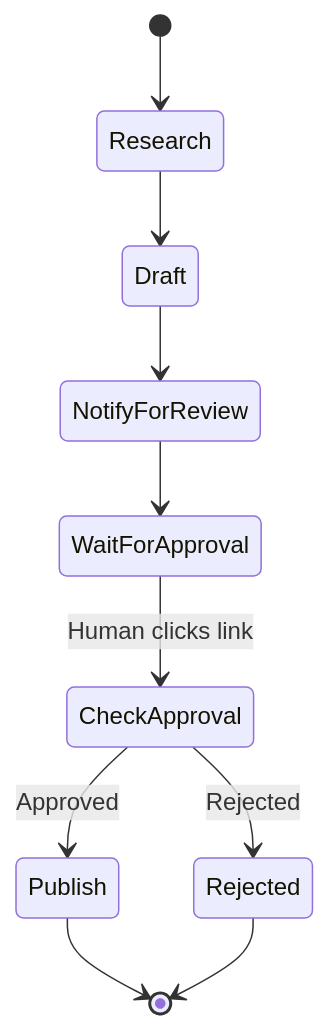
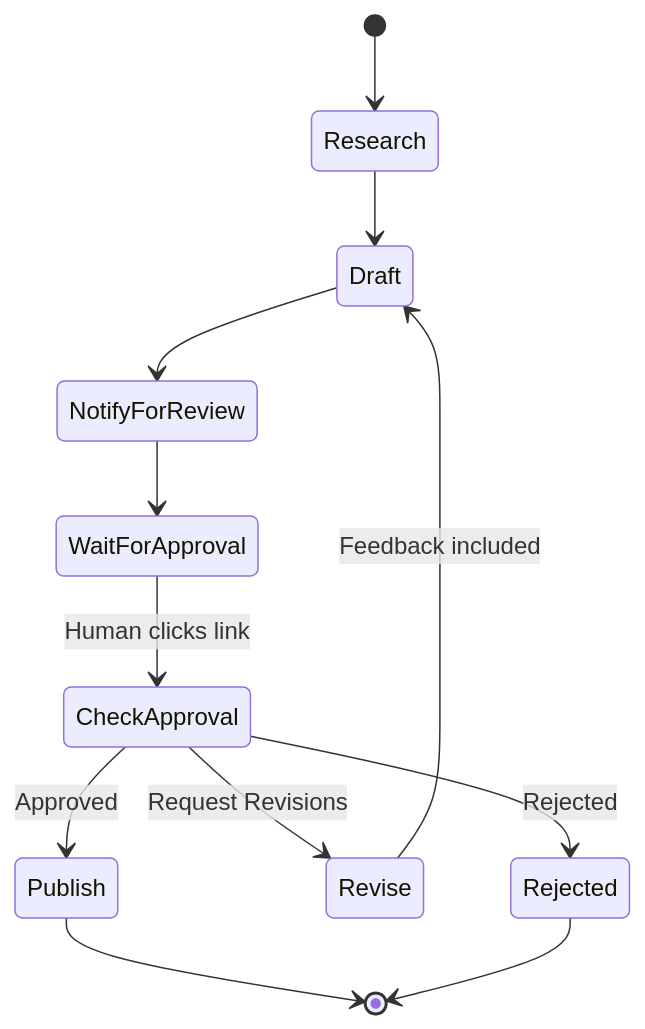
One commit to kzaky/khaledzaky.com changed the fourth of 4 diagrams in README.md. Above: the diagram before and after it, drawn with Mermaid. The commit also changed other lines of this file, not shown here.

````diff
--- a/README.md
+++ b/README.md
@@ -187,12 +205,14 @@
 ```mermaid
 stateDiagram-v2
     [*] --> Research
     Research --> Draft
     Draft --> NotifyForReview
     NotifyForReview --> WaitForApproval
     WaitForApproval --> CheckApproval: Human clicks link
     CheckApproval --> Publish: Approved
+    CheckApproval --> Revise: Request Revisions
     CheckApproval --> Rejected: Rejected
+    Revise --> Draft: Feedback included
     Publish --> [*]
     Rejected --> [*]
 ```
````
